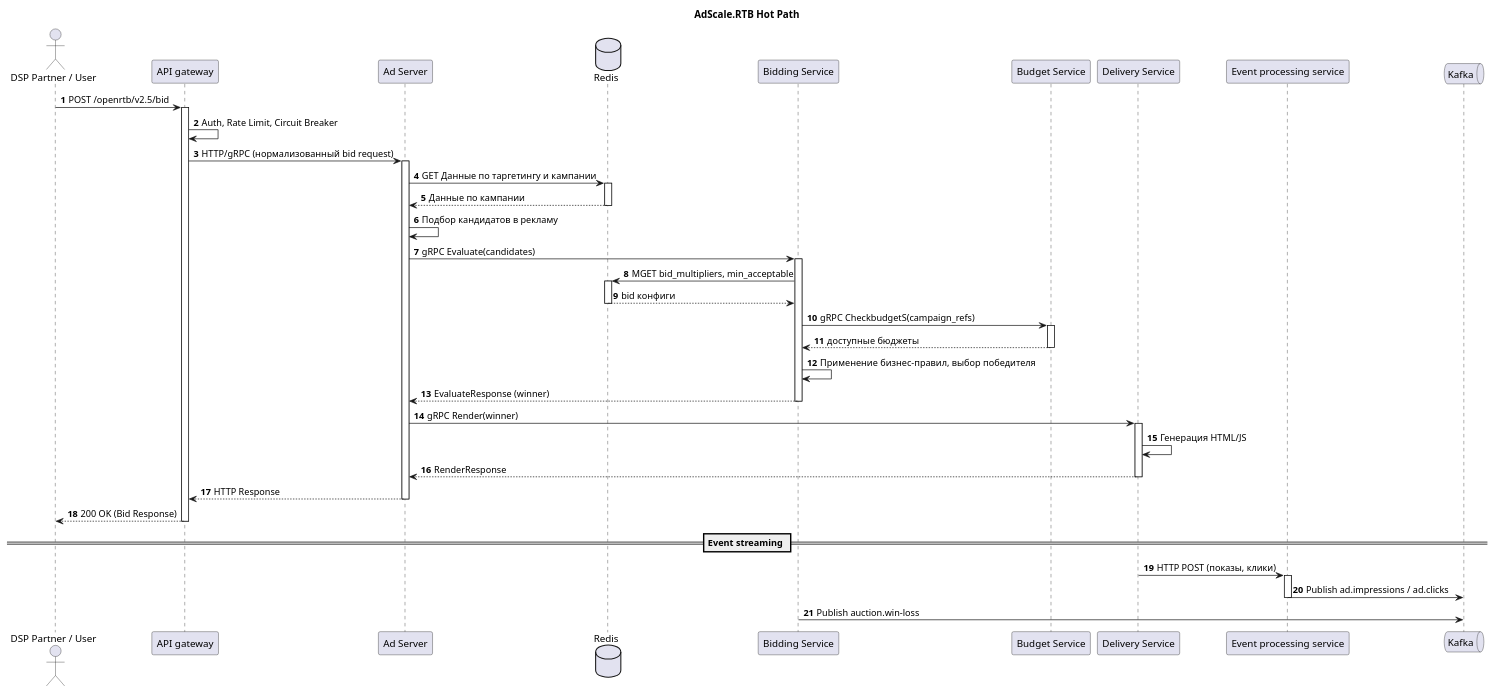
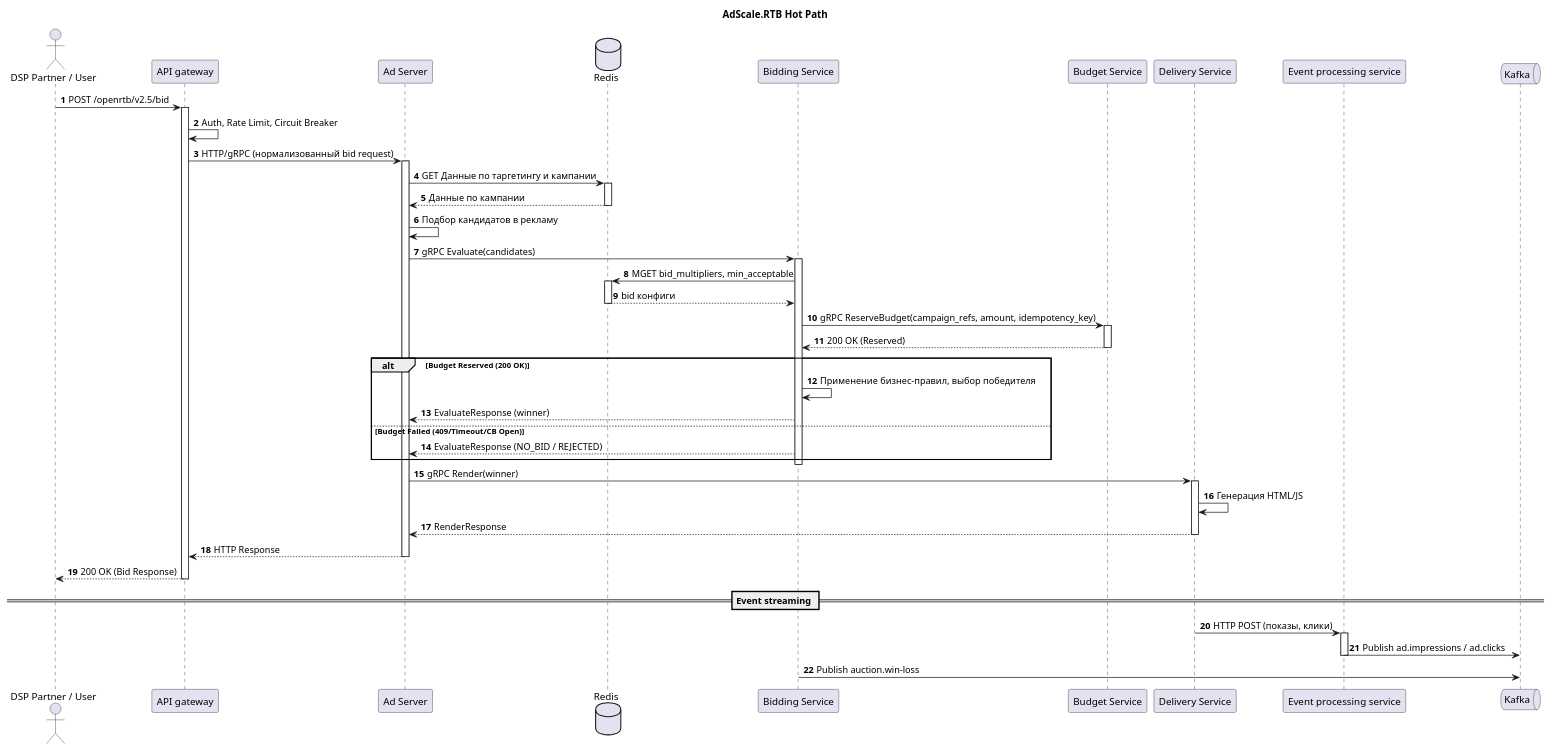
The diagram in Solution-AdScale/Task2/diagrams/interaction_seq.puml (SergioOvs/solution_architect_course), drawn with PlantUML before and after one commit. The commit also changed 3 other files, not shown here.

```diff
--- a/Solution-AdScale/Task2/diagrams/interaction_seq.puml
+++ b/Solution-AdScale/Task2/diagrams/interaction_seq.puml
@@ -1,56 +1,60 @@
 @startuml
 title AdScale.RTB Hot Path
 
 actor "DSP Partner / User" as dsp
 participant "API gateway" as gtway
 participant "Ad Server" as adS
 database "Redis" as rds
 participant "Bidding Service" as biddingS
 participant "Budget Service" as budgetS
 participant "Delivery Service" as deliveryS
 participant "Event processing service" as evntPS
 queue "Kafka" as kfk
 
 
 autonumber
 dsp -> gtway: POST /openrtb/v2.5/bid
 activate gtway
 	gtway -> gtway: Auth, Rate Limit, Circuit Breaker
 	gtway -> adS: HTTP/gRPC (нормализованный bid request)
 	activate adS
 		adS -> rds: GET Данные по таргетингу и кампании
 		activate rds
 		rds --> adS: Данные по кампании
 		deactivate rds
 		adS -> adS: Подбор кандидатов в рекламу
 		adS -> biddingS: gRPC Evaluate(candidates)
 		activate biddingS
 			biddingS -> rds: MGET bid_multipliers, min_acceptable
 			activate rds
 				rds --> biddingS: bid конфиги
 			deactivate rds
-			biddingS -> budgetS: gRPC CheckbudgetS(campaign_refs)
+			biddingS -> budgetS: gRPC ReserveBudget(campaign_refs, amount, idempotency_key)
 			activate budgetS
-				budgetS --> biddingS: доступные бюджеты
+				budgetS --> biddingS: 200 OK (Reserved)
 			deactivate budgetS
-			biddingS -> biddingS: Применение бизнес-правил, выбор победителя
-			biddingS --> adS: EvaluateResponse (winner)
+			alt Budget Reserved (200 OK)
+                biddingS -> biddingS: Применение бизнес-правил, выбор победителя
+                biddingS --> adS: EvaluateResponse (winner)
+            else Budget Failed (409/Timeout/CB Open)
+                biddingS --> adS: EvaluateResponse (NO_BID / REJECTED)
+            end
 		deactivate biddingS
 		adS -> deliveryS: gRPC Render(winner)
 		activate deliveryS
 			deliveryS -> deliveryS: Генерация HTML/JS
 			deliveryS --> adS: RenderResponse
 		deactivate deliveryS
 		adS --> gtway: HTTP Response
 	deactivate adS
 	gtway --> dsp: 200 OK (Bid Response)
 deactivate gtway
 
 == Event streaming ==
 deliveryS -> evntPS: HTTP POST (показы, клики)
 activate evntPS
 	evntPS -> kfk: Publish ad.impressions / ad.clicks
 deactivate evntPS
 biddingS -> kfk: Publish auction.win-loss
 
 @enduml
```
